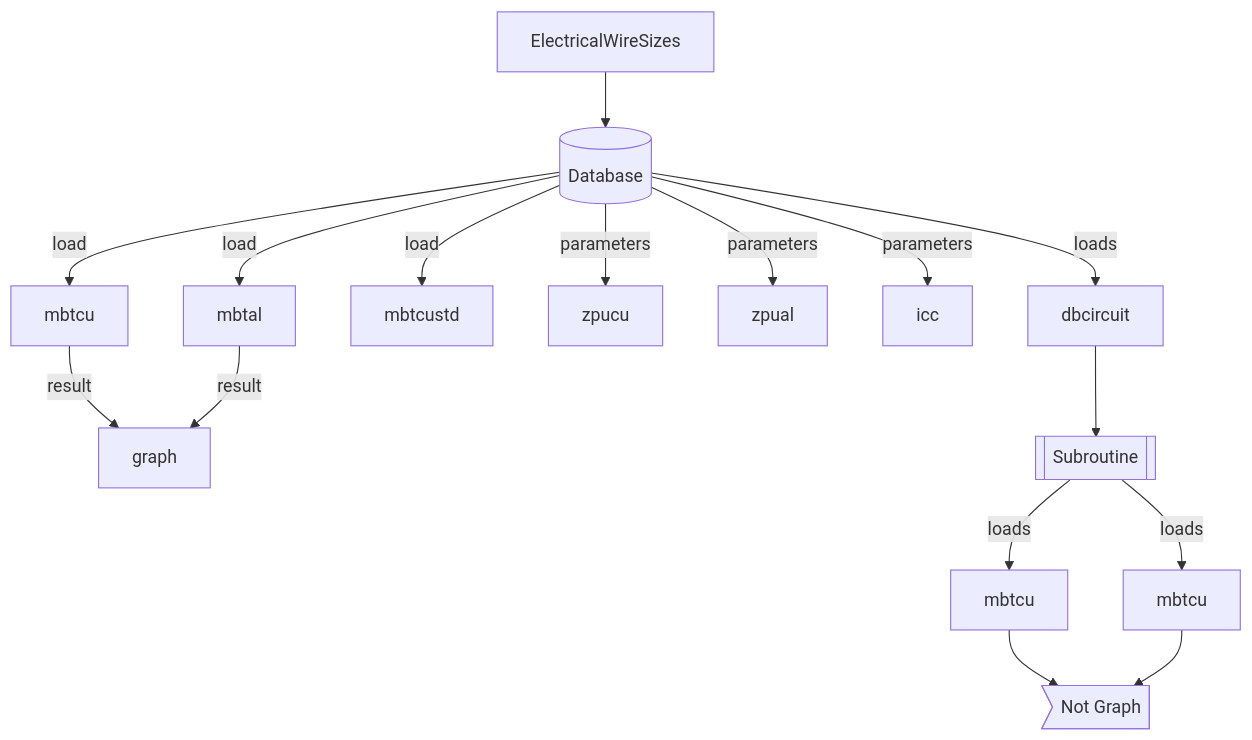
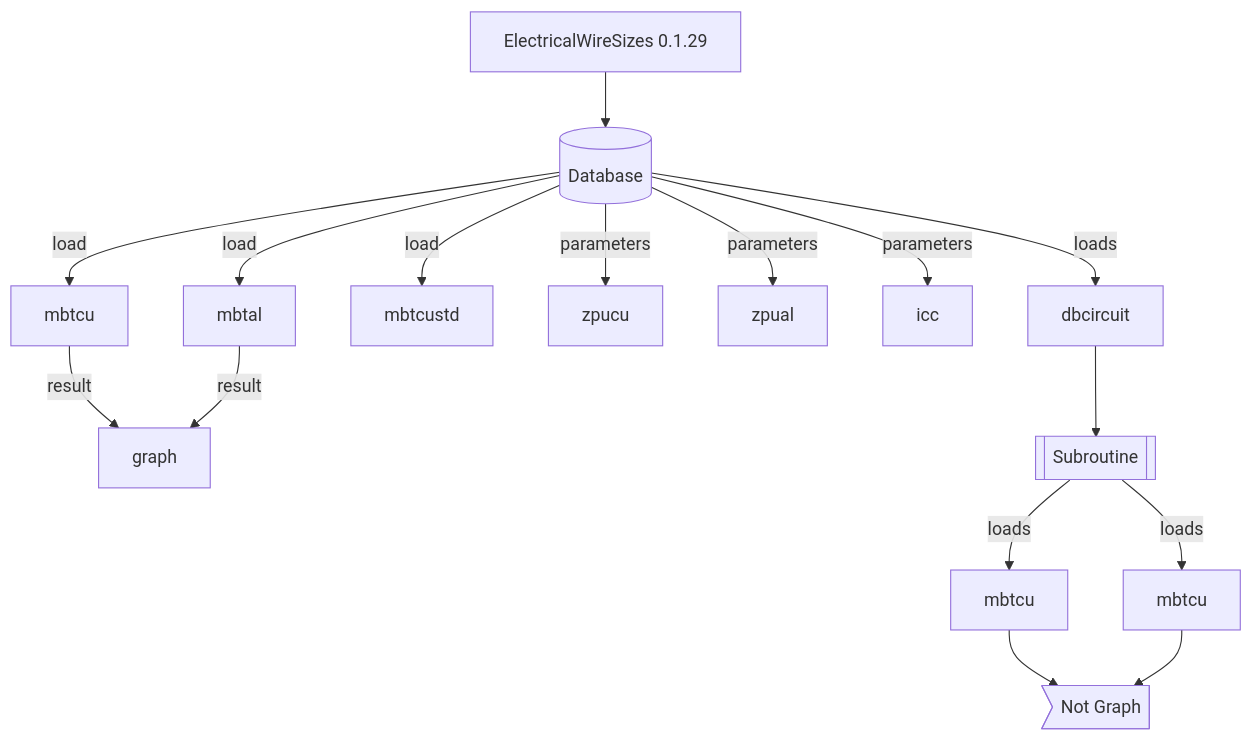
One commit to jacometoss/PyEWS changed the diagram in README.md. Above: the diagram before and after it, drawn with Mermaid. The commit also changed other lines of this file, not shown here.

````diff
--- a/README.md
+++ b/README.md
@@ -160,17 +158,16 @@
 ```mermaid
-
 graph TD
 
-B[ElectricalWireSizes]-->db[(Database)]
+B[ElectricalWireSizes 0.1.29]-->db[(Database)]
 	db -->|load| A[mbtcu]-->|result| I[graph]
     db -->|load| C[mbtal]-->|result| I[graph]	
     db -->|load| D[mbtcustd]
     db -->|parameters| E[zpucu]
     db -->|parameters| F[zpual]
     db -->|parameters| J[icc]
     db -->|loads| G[dbcircuit] --> H[[Subroutine]]
     H -->|loads| k[mbtcu]--> id1>Not Graph]
     H -->|loads| l[mbtcu]--> id1>Not Graph]
     
 
 ```
````
